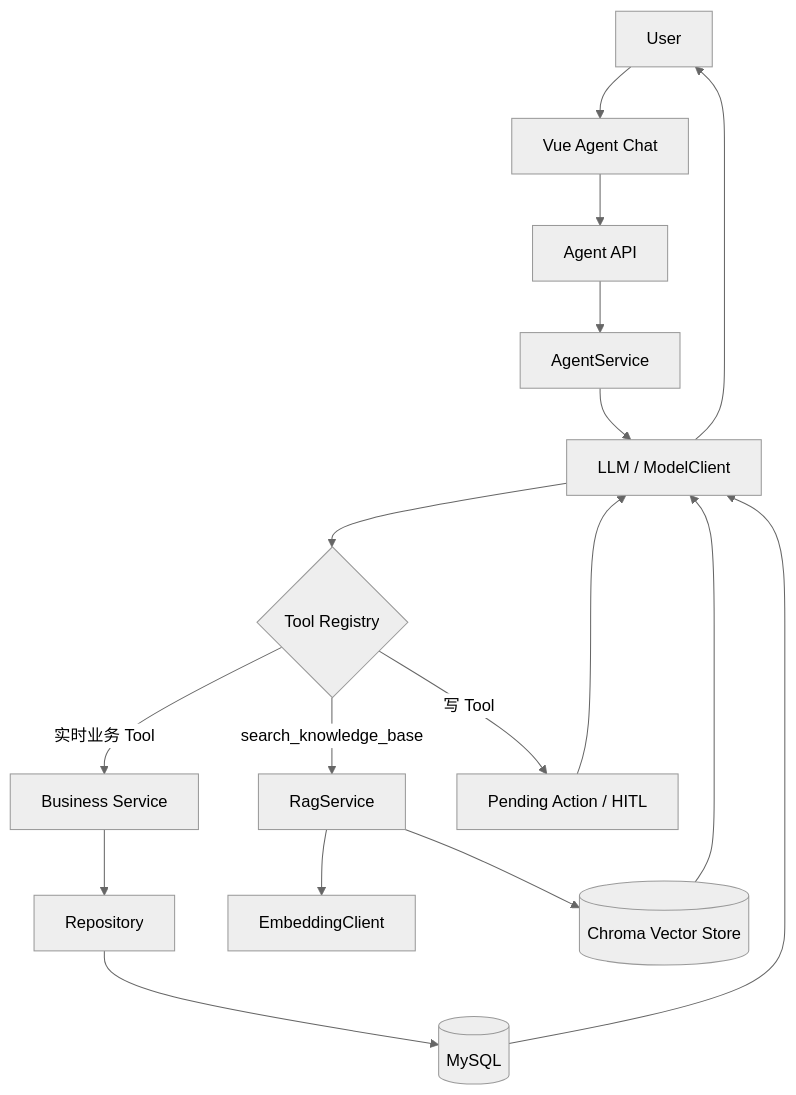
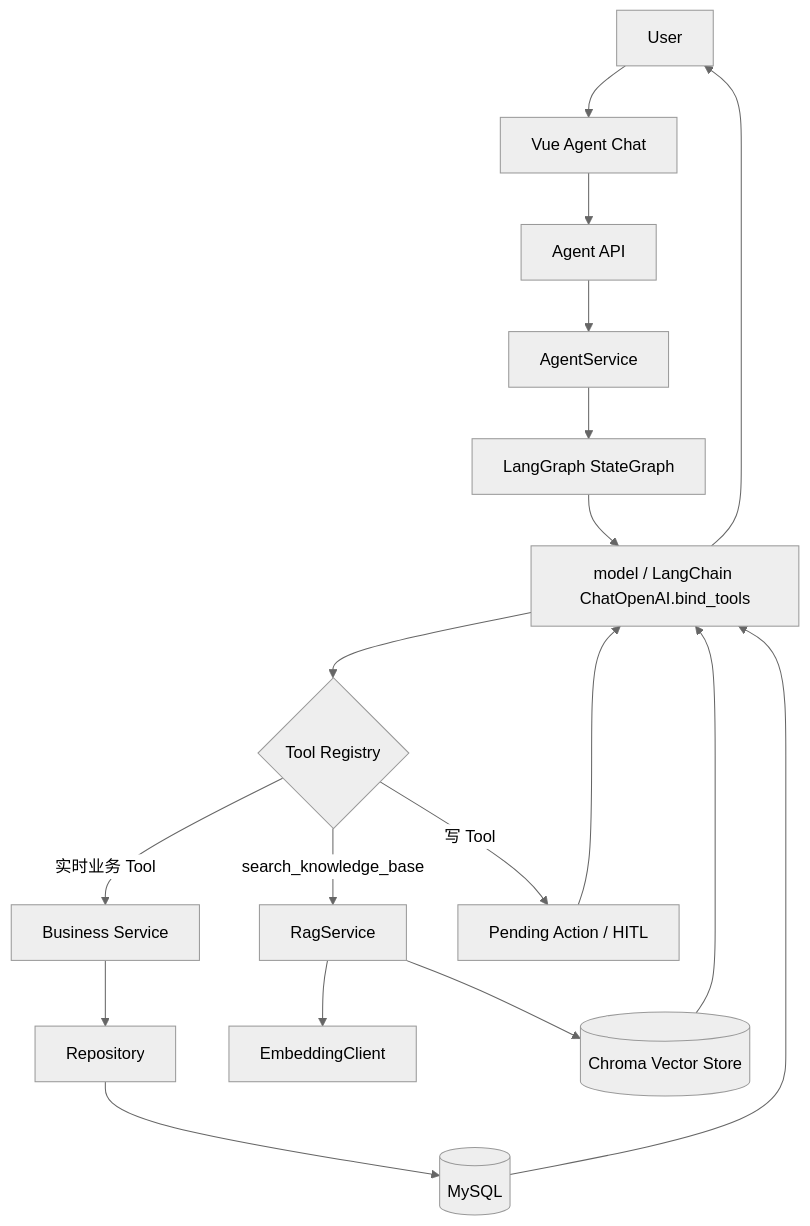
Before and after one commit to jiejie1881/-agent-: the first of 2 diagrams in docs/RAG_DESIGN.md, drawn with Mermaid (neutral theme). The commit also changed other lines of this file and 380 other files, not shown here.

````diff
--- a/docs/RAG_DESIGN.md
+++ b/docs/RAG_DESIGN.md
@@ -15,19 +17,20 @@
 ```mermaid
 flowchart TD
     U[User] --> V[Vue Agent Chat]
     V --> A[Agent API]
     A --> S[AgentService]
-    S --> L[LLM / ModelClient]
+    S --> G[LangGraph StateGraph]
+    G --> L[model / LangChain ChatOpenAI.bind_tools]
     L --> R{Tool Registry}
     R -->|实时业务 Tool| BS[Business Service]
     BS --> RP[Repository]
     RP --> DB[(MySQL)]
     R -->|search_knowledge_base| RS[RagService]
     RS --> E[EmbeddingClient]
     RS --> C[(Chroma Vector Store)]
     R -->|写 Tool| H[Pending Action / HITL]
     DB --> L
     C --> L
     H --> L
     L --> U
 ```
````
